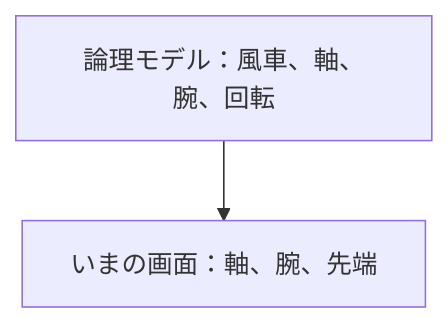
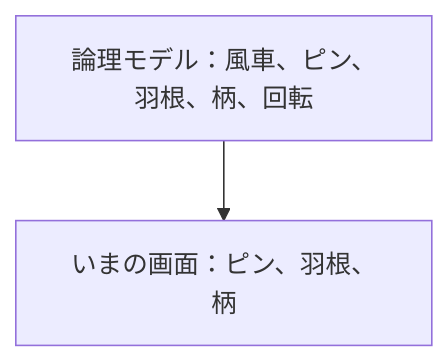
The first of 3 diagrams in spinner/ドキュメント/ER図.md (pfgnsb/hand-spinner), drawn with Mermaid before and after one commit. The commit also changed other lines of this file and 13 other files, not shown here.

````diff
--- a/spinner/ドキュメント/ER図.md
+++ b/spinner/ドキュメント/ER図.md
@@ -29,4 +29,4 @@
 ```mermaid
 flowchart TD
-  domain[論理モデル：風車、軸、腕、回転] --> screen["いまの画面：軸、腕、先端"]
+  domain[論理モデル：風車、ピン、羽根、柄、回転] --> screen["いまの画面：ピン、羽根、柄"]
 ```
````
